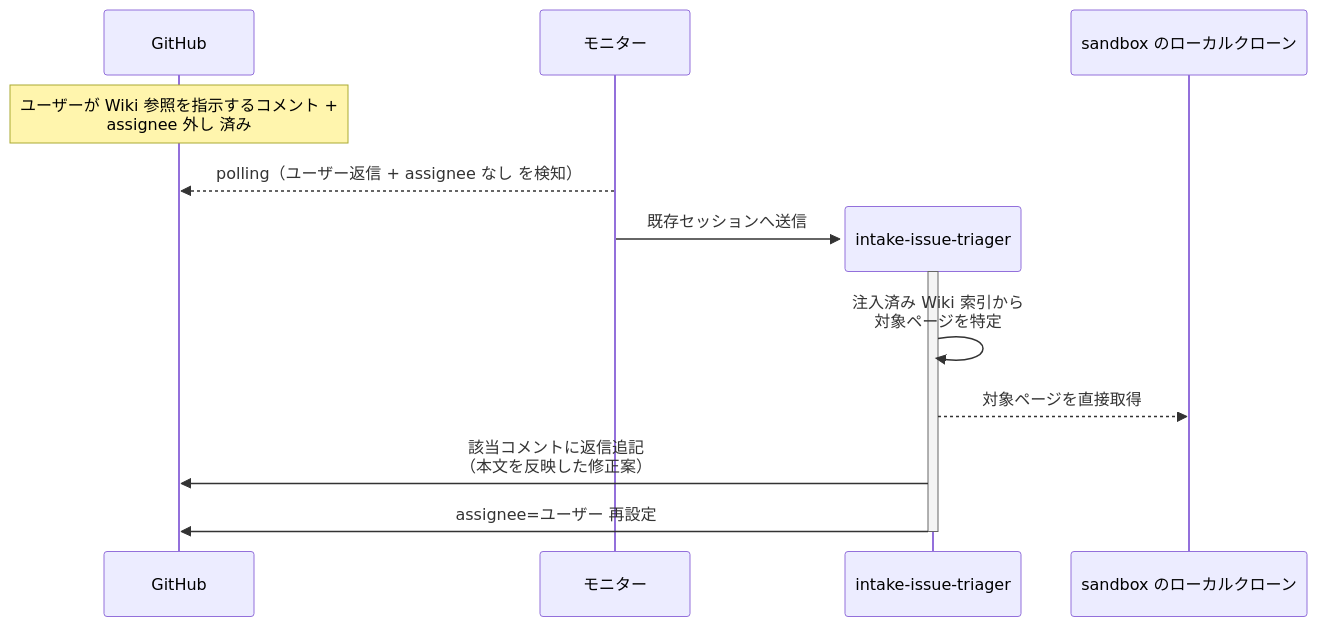
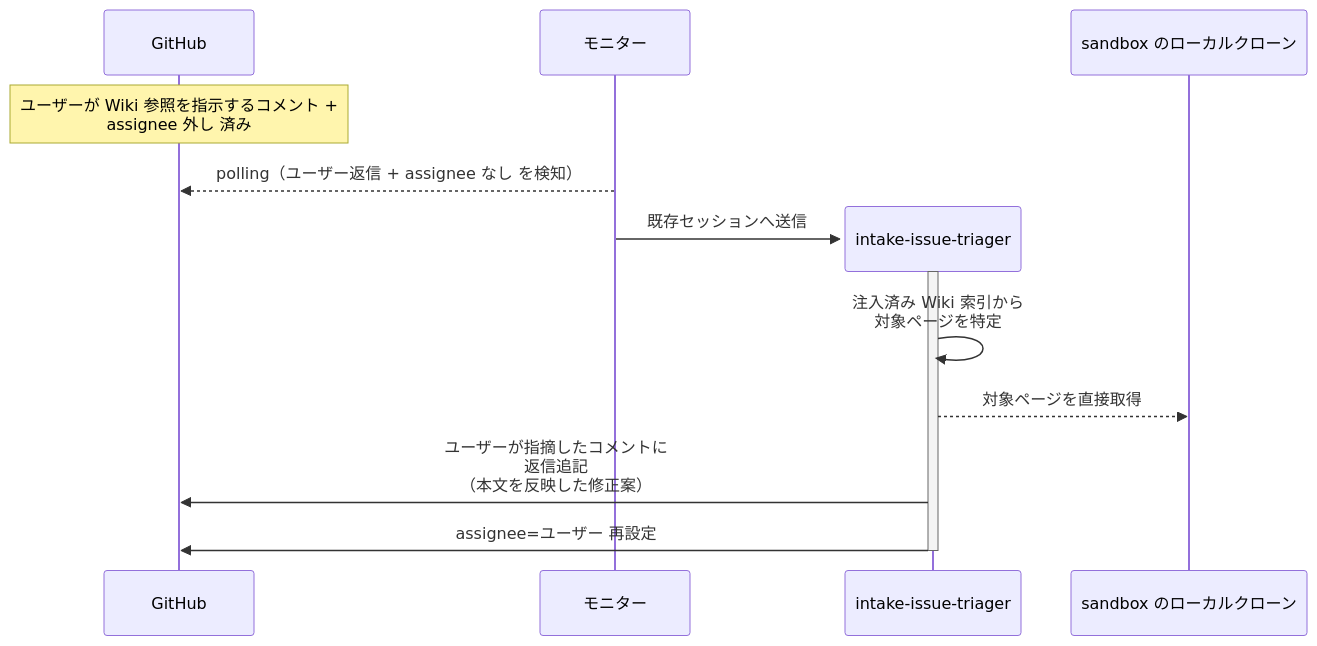
The diagram in docs/wiki/設計図/シナリオ/単一ユースケース/動的Wiki参照.md (shuhei1101/ai-monitor), drawn with Mermaid before and after one commit. The commit also changed 7 other files, not shown here.

````diff
--- a/docs/wiki/設計図/シナリオ/単一ユースケース/動的Wiki参照.md
+++ b/docs/wiki/設計図/シナリオ/単一ユースケース/動的Wiki参照.md
@@ -29,17 +29,17 @@
 ```mermaid
 sequenceDiagram
   participant GH as GitHub
   participant ORC as モニター
 
   Note over GH: ユーザーが Wiki 参照を指示するコメント +<br>assignee 外し 済み
   ORC-->>GH: polling（ユーザー返信 + assignee なし を検知）
   create participant MON as intake-issue-triager
   ORC->>MON: 既存セッションへ送信
   participant WIKI as sandbox のローカルクローン
   activate MON
   MON->>MON: 注入済み Wiki 索引から<br>対象ページを特定
   MON-->>WIKI: 対象ページを直接取得
-  MON->>GH: 該当コメントに返信追記<br>（本文を反映した修正案）
+  MON->>GH: ユーザーが指摘したコメントに<br>返信追記<br>（本文を反映した修正案）
   MON->>GH: assignee=ユーザー 再設定
   deactivate MON
 ```
````
